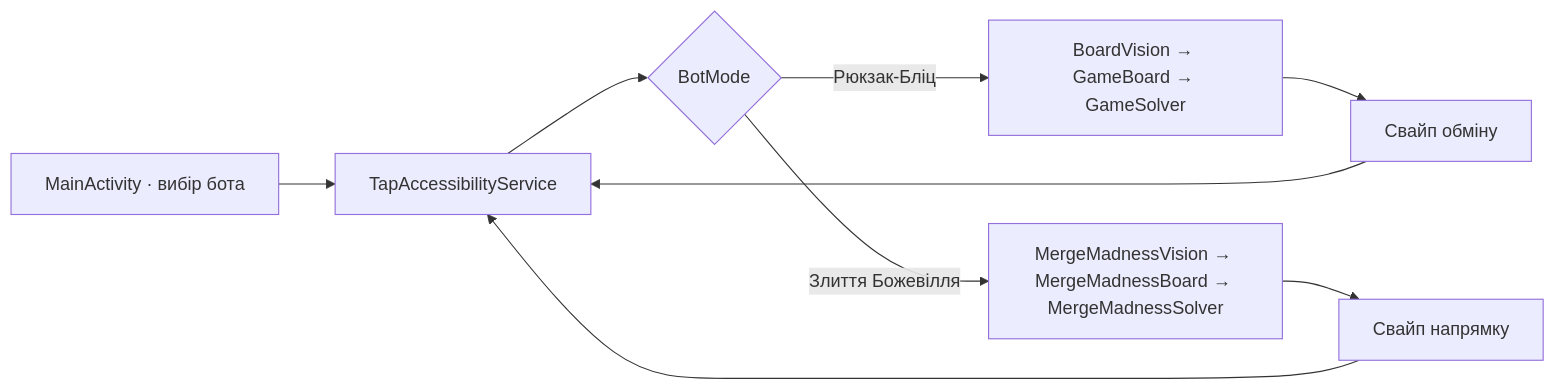
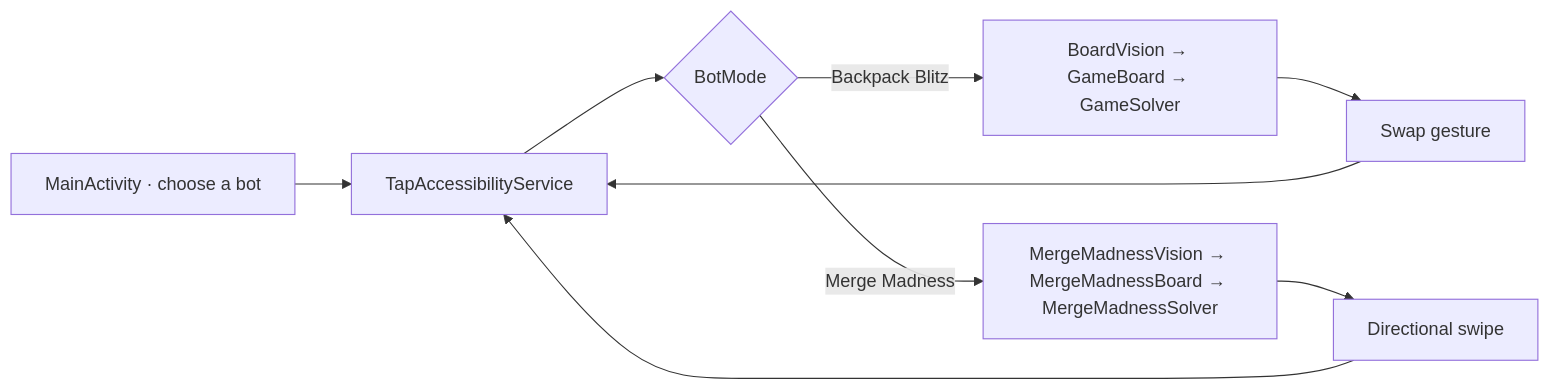
Before and after one commit to PacManNa/Backpack-Brawl-Helper: the diagram in docs/ARCHITECTURE.md, drawn with Mermaid. The commit also changed other lines of this file and 19 other files, not shown here.

````diff
--- a/docs/ARCHITECTURE.md
+++ b/docs/ARCHITECTURE.md
@@ -5,11 +5,11 @@
 ```mermaid
 flowchart LR
-    A[MainActivity · вибір бота] --> B[TapAccessibilityService]
+    A[MainActivity · choose a bot] --> B[TapAccessibilityService]
     B --> C{BotMode}
-    C -->|Рюкзак-Бліц| D[BoardVision → GameBoard → GameSolver]
-    C -->|Злиття Божевілля| E[MergeMadnessVision → MergeMadnessBoard → MergeMadnessSolver]
-    D --> F[Свайп обміну]
-    E --> G[Свайп напрямку]
+    C -->|Backpack Blitz| D[BoardVision → GameBoard → GameSolver]
+    C -->|Merge Madness| E[MergeMadnessVision → MergeMadnessBoard → MergeMadnessSolver]
+    D --> F[Swap gesture]
+    E --> G[Directional swipe]
     F --> B
     G --> B
 ```
````
